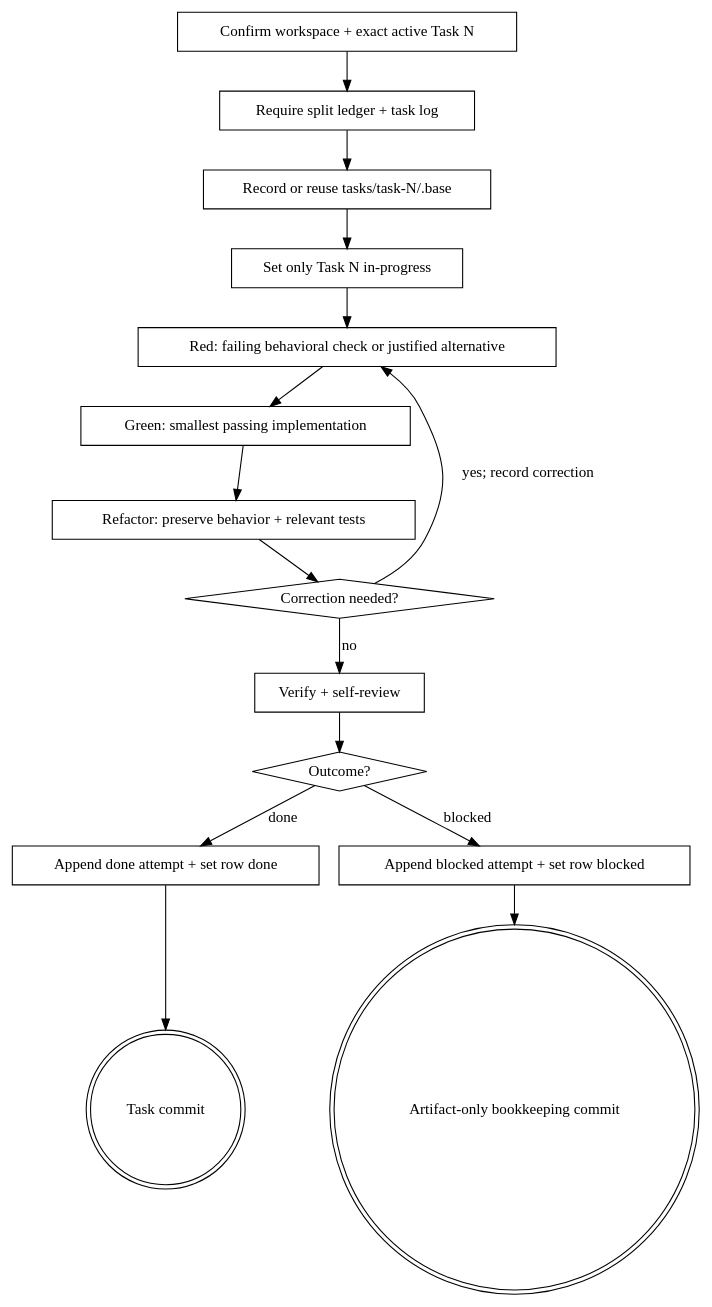
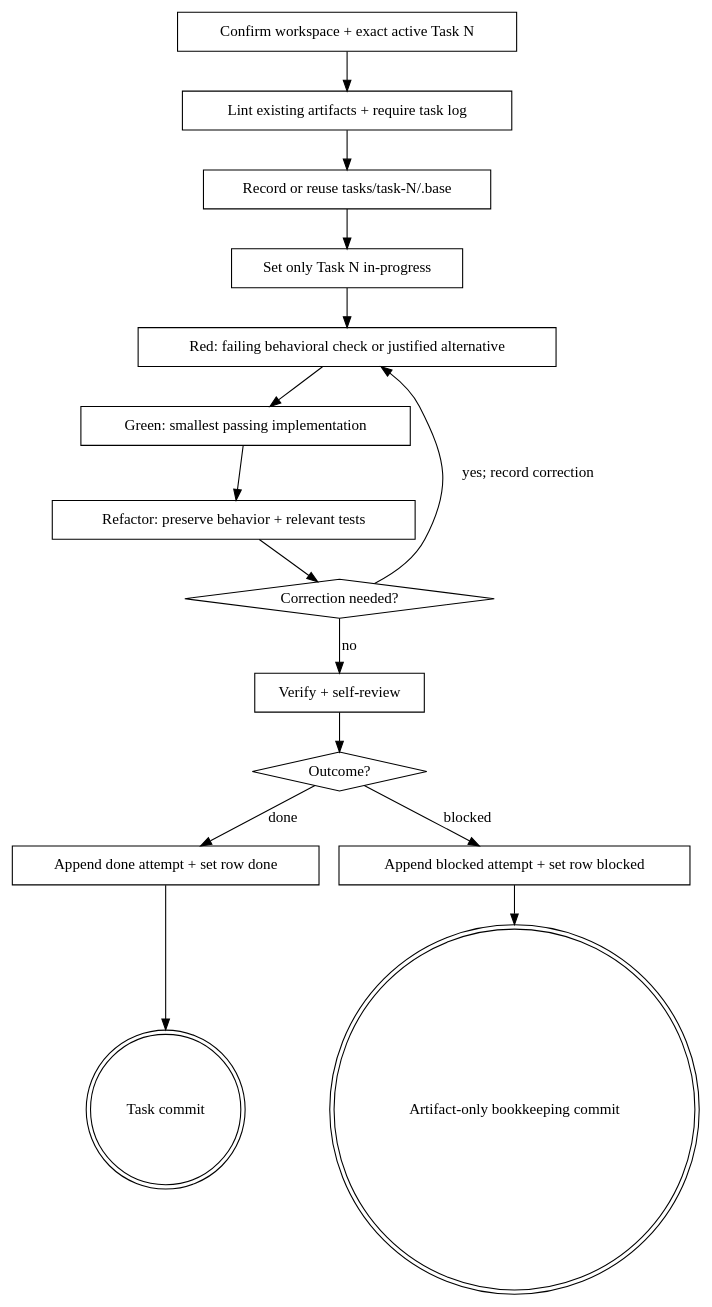
Before and after one commit to caiorcferreira/hamilton: the diagram in skills/kepler-code/SKILL.md, drawn with Graphviz. The commit also changed other lines of this file and 31 other files, not shown here.

````diff
--- a/skills/kepler-code/SKILL.md
+++ b/skills/kepler-code/SKILL.md
@@ -257,33 +250,33 @@
 ```dot
 digraph kepler_code {
     "Confirm workspace + exact active Task N" [shape=box];
-    "Require split ledger + task log" [shape=box];
+    "Lint existing artifacts + require task log" [shape=box];
     "Record or reuse tasks/task-N/.base" [shape=box];
     "Set only Task N in-progress" [shape=box];
     "Red: failing behavioral check or justified alternative" [shape=box];
     "Green: smallest passing implementation" [shape=box];
     "Refactor: preserve behavior + relevant tests" [shape=box];
     "Correction needed?" [shape=diamond];
     "Verify + self-review" [shape=box];
     "Outcome?" [shape=diamond];
     "Append done attempt + set row done" [shape=box];
     "Append blocked attempt + set row blocked" [shape=box];
     "Task commit" [shape=doublecircle];
     "Artifact-only bookkeeping commit" [shape=doublecircle];
 
-    "Confirm workspace + exact active Task N" -> "Require split ledger + task log";
-    "Require split ledger + task log" -> "Record or reuse tasks/task-N/.base";
+    "Confirm workspace + exact active Task N" -> "Lint existing artifacts + require task log";
+    "Lint existing artifacts + require task log" -> "Record or reuse tasks/task-N/.base";
     "Record or reuse tasks/task-N/.base" -> "Set only Task N in-progress";
     "Set only Task N in-progress" -> "Red: failing behavioral check or justified alternative";
     "Red: failing behavioral check or justified alternative" -> "Green: smallest passing implementation";
     "Green: smallest passing implementation" -> "Refactor: preserve behavior + relevant tests";
     "Refactor: preserve behavior + relevant tests" -> "Correction needed?";
     "Correction needed?" -> "Red: failing behavioral check or justified alternative" [label="yes; record correction"];
     "Correction needed?" -> "Verify + self-review" [label="no"];
     "Verify + self-review" -> "Outcome?";
     "Outcome?" -> "Append done attempt + set row done" [label="done"];
     "Outcome?" -> "Append blocked attempt + set row blocked" [label="blocked"];
     "Append done attempt + set row done" -> "Task commit";
     "Append blocked attempt + set row blocked" -> "Artifact-only bookkeeping commit";
 }
 ```
````
